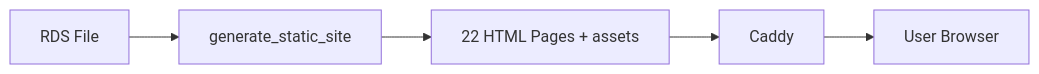
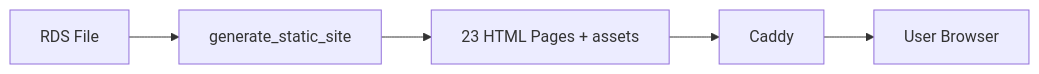
Before and after one commit to chrisschwer/League-Simulator-Update: the fourth of 6 diagrams in docs/architecture/overview.md, drawn with Mermaid. The commit also changed other lines of this file and 12 other files, not shown here.

````diff
--- a/docs/architecture/overview.md
+++ b/docs/architecture/overview.md
@@ -176,7 +176,7 @@
 ```mermaid
 graph LR
     A[RDS File] --> B[generate_static_site]
-    B --> C[22 HTML Pages + assets]
+    B --> C[23 HTML Pages + assets]
     C --> D[Caddy]
     D --> E[User Browser]
 ```
````
